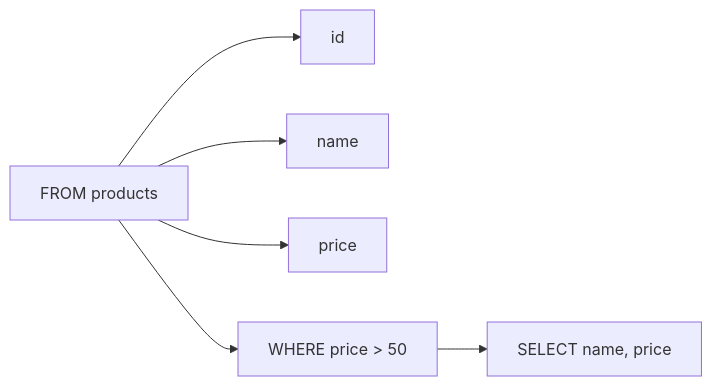
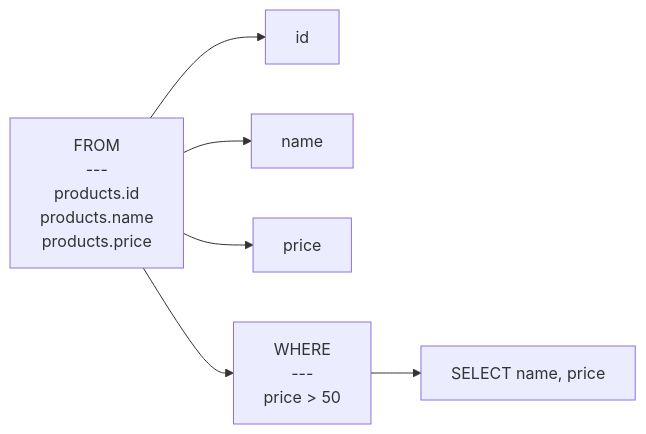
The diagram in examples/create.mmd (rot1024/sqloflow), drawn with Mermaid before and after one commit. The commit also changed 21 other files, not shown here.

Commit message:
feat: improve mermaid renderer

```diff
--- a/examples/create.mmd
+++ b/examples/create.mmd
@@ -1,12 +1,12 @@
 flowchart LR
-    node_0[FROM products]
+    node_0["FROM<br/>---<br/>products.id<br/>products.name<br/>products.price"]
     node_1[id]
     node_2[name]
     node_3[price]
-    node_4["WHERE price &gt; 50"]
+    node_4["WHERE<br/>---<br/>price &gt; 50"]
     node_5["SELECT name, price"]
     node_0 --> node_1
     node_0 --> node_2
     node_0 --> node_3
     node_0 --> node_4
     node_4 --> node_5
```
